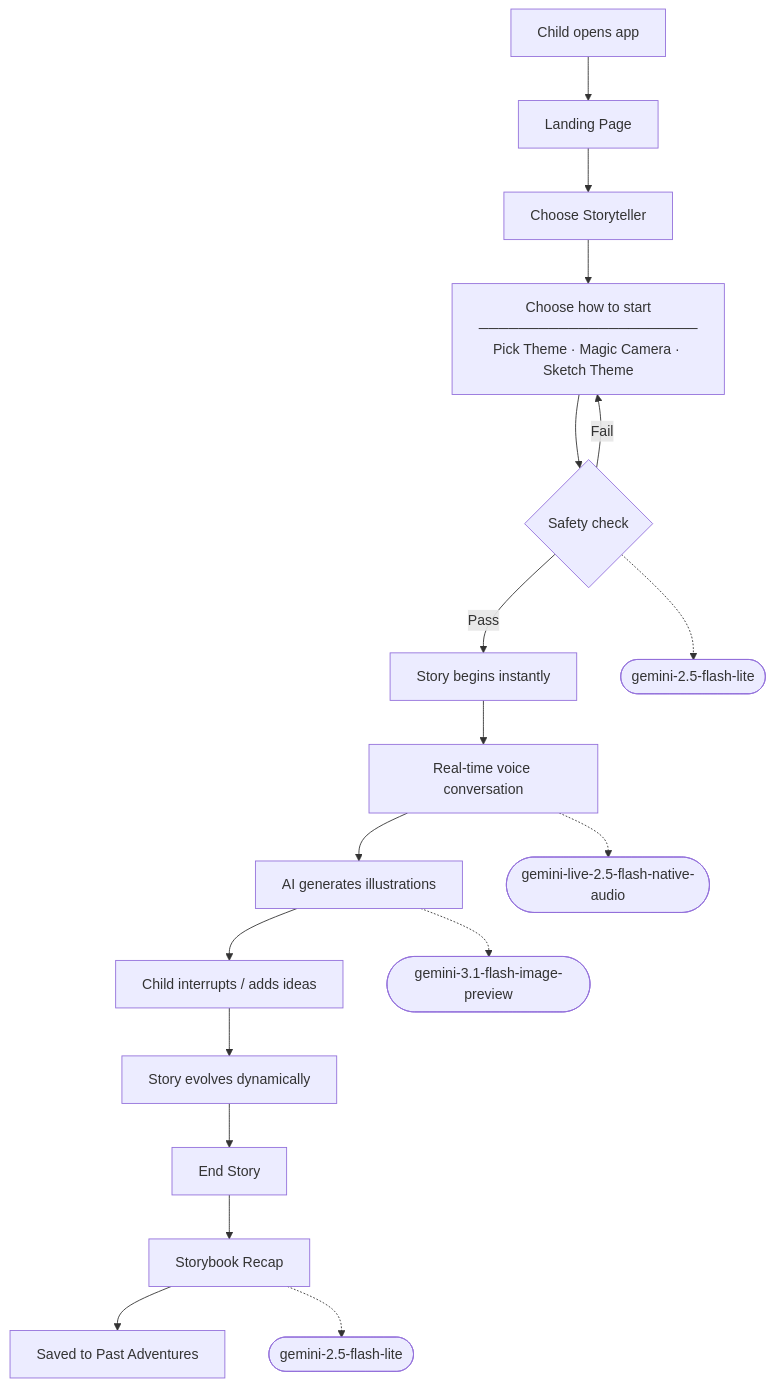
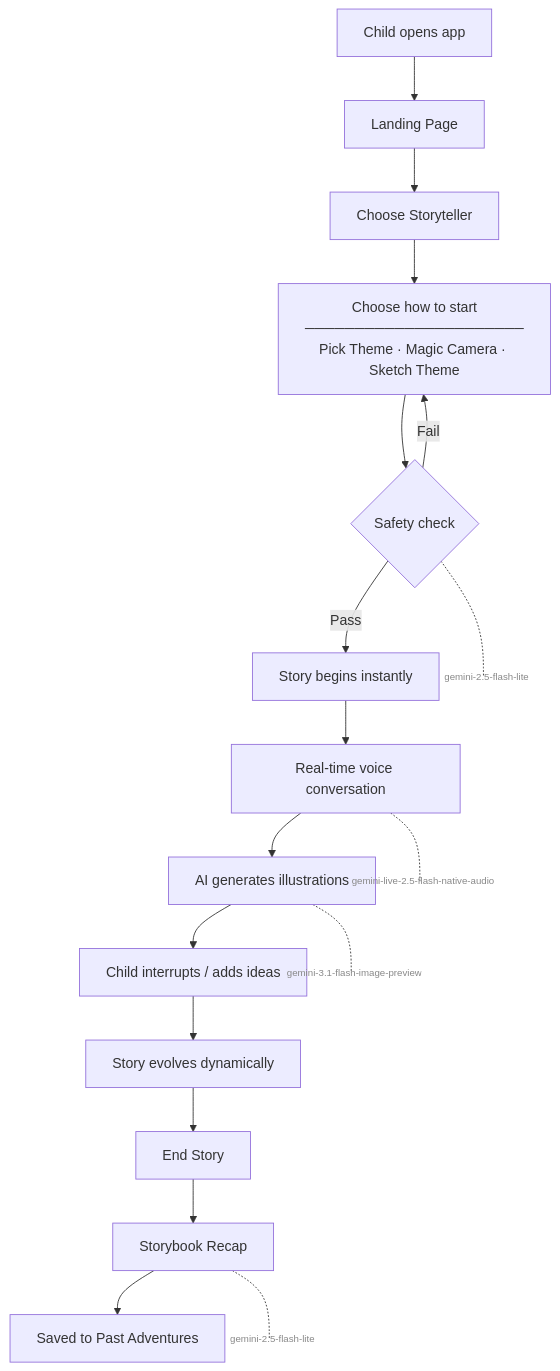
The diagram in README.md (padmanabhan-r/TaleWeaver), drawn with Mermaid before and after one commit.

Commit message:
docs: render model names as borderless labels, no arrows

````diff
--- a/README.md
+++ b/README.md
@@ -188,21 +188,24 @@
 ```mermaid
 flowchart TD
     A[Child opens app] --> B[Landing Page]
     B --> C[Choose Storyteller]
     C --> D["Choose how to start<br/>──────────────────────<br/>Pick Theme · Magic Camera · Sketch Theme"]
     D --> SC{Safety check}
     SC -->|Pass| H[Story begins instantly]
     SC -->|Fail| D
     H --> I[Real-time voice conversation]
     I --> J[AI generates illustrations]
     J --> K[Child interrupts / adds ideas]
     K --> L[Story evolves dynamically]
     L --> M[End Story]
     M --> N[Storybook Recap]
     N --> O[Saved to Past Adventures]
 
-    SC -.-> m1([gemini-2.5-flash-lite])
-    I  -.-> m2([gemini-live-2.5-flash-native-audio])
-    J  -.-> m3([gemini-3.1-flash-image-preview])
-    N  -.-> m4([gemini-2.5-flash-lite])
+    SC -.- m1>gemini-2.5-flash-lite]
+    I  -.- m2>gemini-live-2.5-flash-native-audio]
+    J  -.- m3>gemini-3.1-flash-image-preview]
+    N  -.- m4>gemini-2.5-flash-lite]
+
+    classDef model fill:none,stroke:none,color:#888,font-size:11px
+    class m1,m2,m3,m4 model
 ```
````
